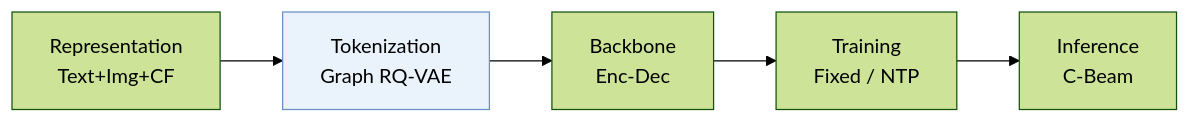
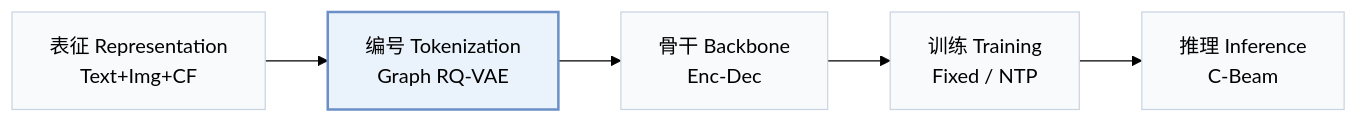
Before and after one commit to Galaxy-ghost/Awesome-SID-Generative-Rec: the first of 2 diagrams in pages/zh/papers/mmgrec.md, drawn with Mermaid (forest theme). The commit also changed other lines of this file and 649 other files, not shown here.

Commit message:
writer-05: also tags and modality index (schema, check, build, visuals); summary field removed; calibration data for 12 papers

````diff
--- a/pages/zh/papers/mmgrec.md
+++ b/pages/zh/papers/mmgrec.md
@@ -13,6 +15,8 @@
 ```mermaid
 flowchart LR
-    R["Representation<br/>Text+Img+CF"] --> T["Tokenization<br/>Graph RQ-VAE"] --> B["Backbone<br/>Enc-Dec"] --> TR["Training<br/>Fixed / NTP"] --> I["Inference<br/>C-Beam"]
-    classDef main fill:#eaf2fb,stroke:#6b8fc7
+    R["表征 Representation<br/>Text+Img+CF"] --> T["编号 Tokenization<br/>Graph RQ-VAE"] --> B["骨干 Backbone<br/>Enc-Dec"] --> TR["训练 Training<br/>Fixed / NTP"] --> I["推理 Inference<br/>C-Beam"]
+    classDef base fill:#f8fafc,stroke:#cbd5e1
+    class R,T,B,TR,I base
+    classDef main fill:#eaf2fb,stroke:#6b8fc7,stroke-width:2px
     class T main
 ```
````
